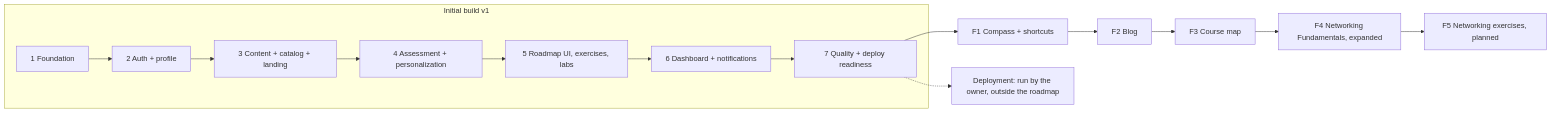
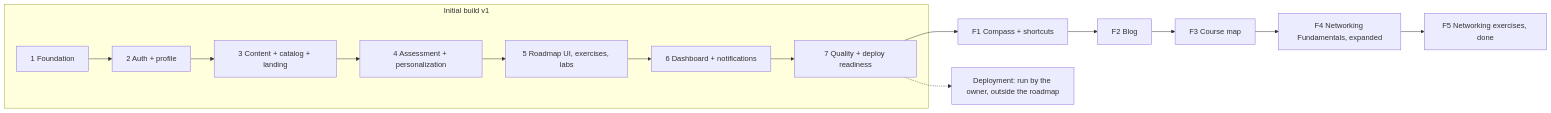
One commit to VoHieu906/Cyber-Compass changed the diagram in docs/IMPLEMENTATION_ROADMAP.md. Above: the diagram before and after it, drawn with Mermaid. The commit also changed other lines of this file and 2 other files, not shown here.

First line of the commit message:
docs(networking): F5 report, handoff and deploy notes (F5 Part C)

````diff
--- a/docs/IMPLEMENTATION_ROADMAP.md
+++ b/docs/IMPLEMENTATION_ROADMAP.md
@@ -5,17 +5,17 @@
 ```mermaid
 flowchart LR
   subgraph v1[Initial build v1]
     P1[1 Foundation] --> P2[2 Auth + profile]
     P2 --> P3[3 Content + catalog + landing]
     P3 --> P4[4 Assessment + personalization]
     P4 --> P5[5 Roadmap UI, exercises, labs]
     P5 --> P6[6 Dashboard + notifications]
     P6 --> P7[7 Quality + deploy readiness]
   end
   P7 --> F1[F1 Compass + shortcuts]
   F1 --> F2[F2 Blog]
   F2 --> F3[F3 Course map]
   F3 --> F4[F4 Networking Fundamentals, expanded]
-  F4 --> F5[F5 Networking exercises, planned]
+  F4 --> F5[F5 Networking exercises, done]
   P7 -.-> DEP[Deployment: run by the owner, outside the roadmap]
 ```
````
